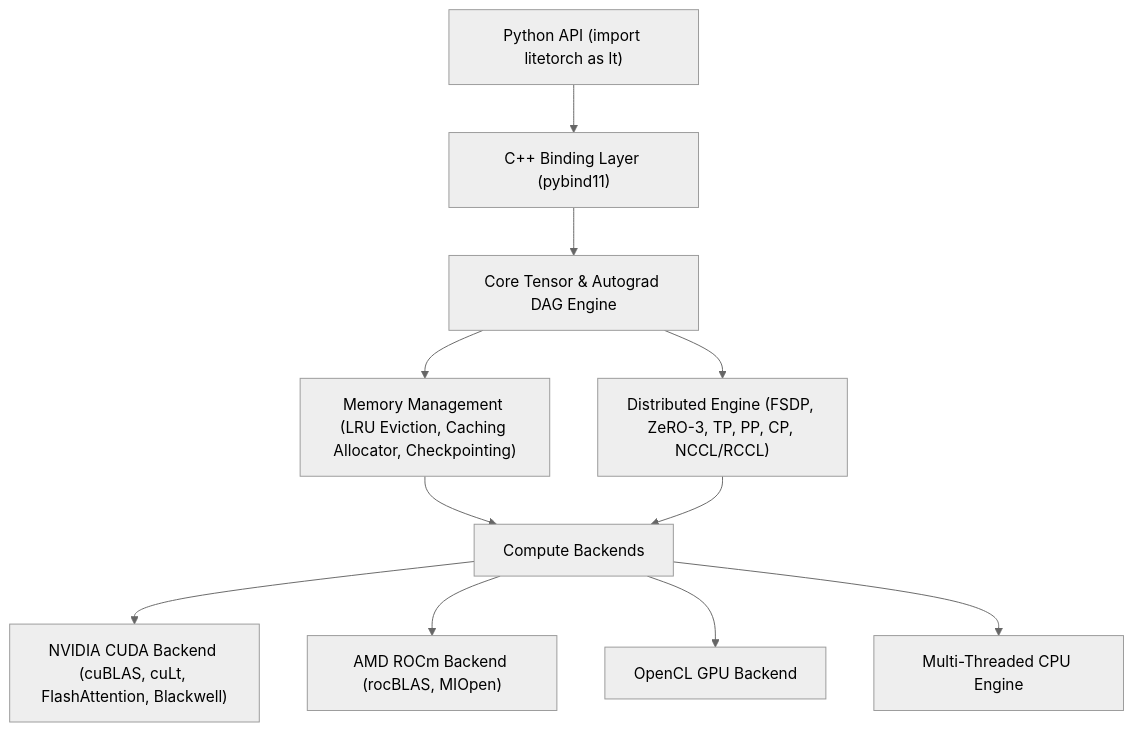
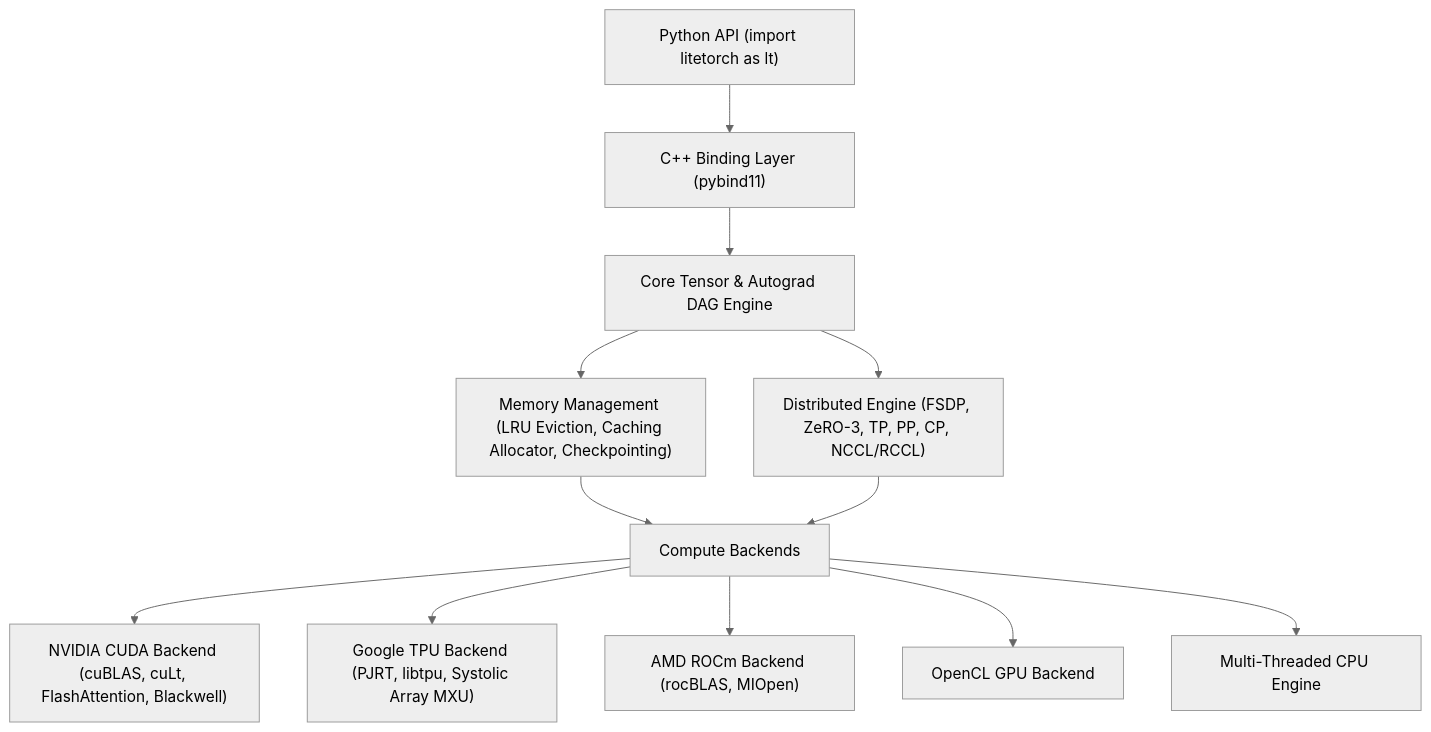
The diagram in README.md (nguyenminh20000/Litetorch-), drawn with Mermaid (neutral theme) before and after one commit. The commit also changed other lines of this file and 7 other files, not shown here.

Commit message:
Update docs and README with Google TPU v2 to v8 support

````diff
--- a/README.md
+++ b/README.md
@@ -139,13 +140,14 @@
 ```mermaid
 graph TD
     A["Python API (import litetorch as lt)"] --> B["C++ Binding Layer (pybind11)"]
     B --> C["Core Tensor & Autograd DAG Engine"]
     C --> D["Memory Management (LRU Eviction, Caching Allocator, Checkpointing)"]
     C --> E["Distributed Engine (FSDP, ZeRO-3, TP, PP, CP, NCCL/RCCL)"]
     D --> F["Compute Backends"]
     E --> F
     F --> G1["NVIDIA CUDA Backend (cuBLAS, cuLt, FlashAttention, Blackwell)"]
-    F --> G2["AMD ROCm Backend (rocBLAS, MIOpen)"]
-    F --> G3["OpenCL GPU Backend"]
-    F --> G4["Multi-Threaded CPU Engine"]
+    F --> G2["Google TPU Backend (PJRT, libtpu, Systolic Array MXU)"]
+    F --> G3["AMD ROCm Backend (rocBLAS, MIOpen)"]
+    F --> G4["OpenCL GPU Backend"]
+    F --> G5["Multi-Threaded CPU Engine"]
 ```
````
